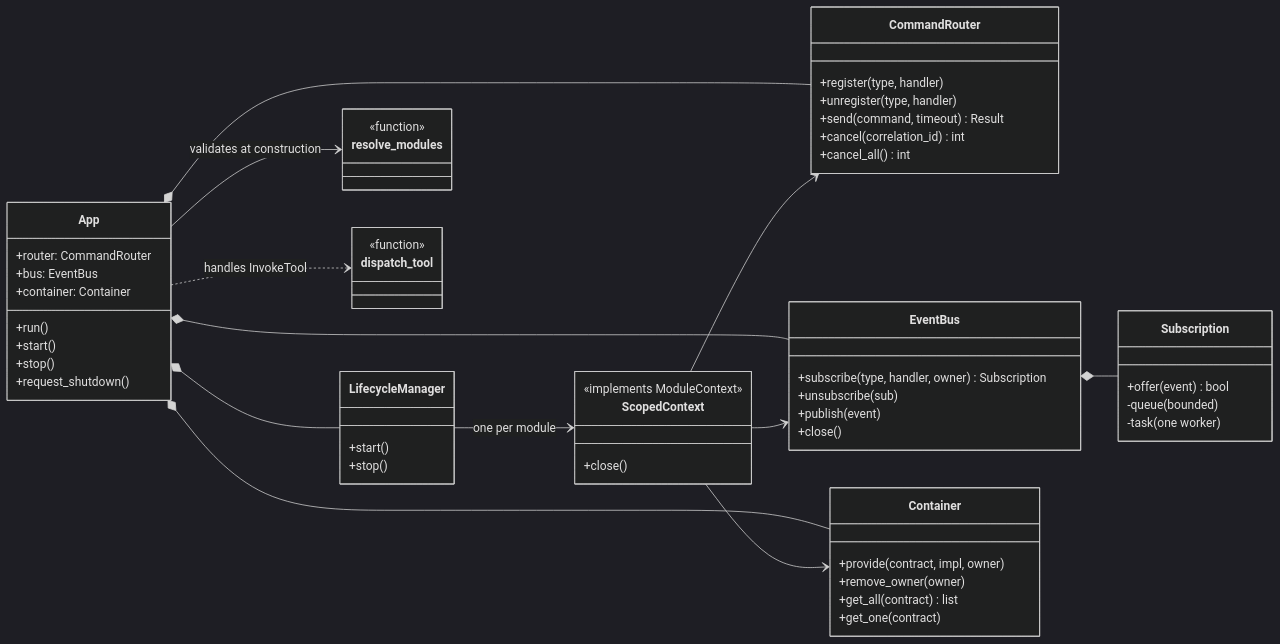
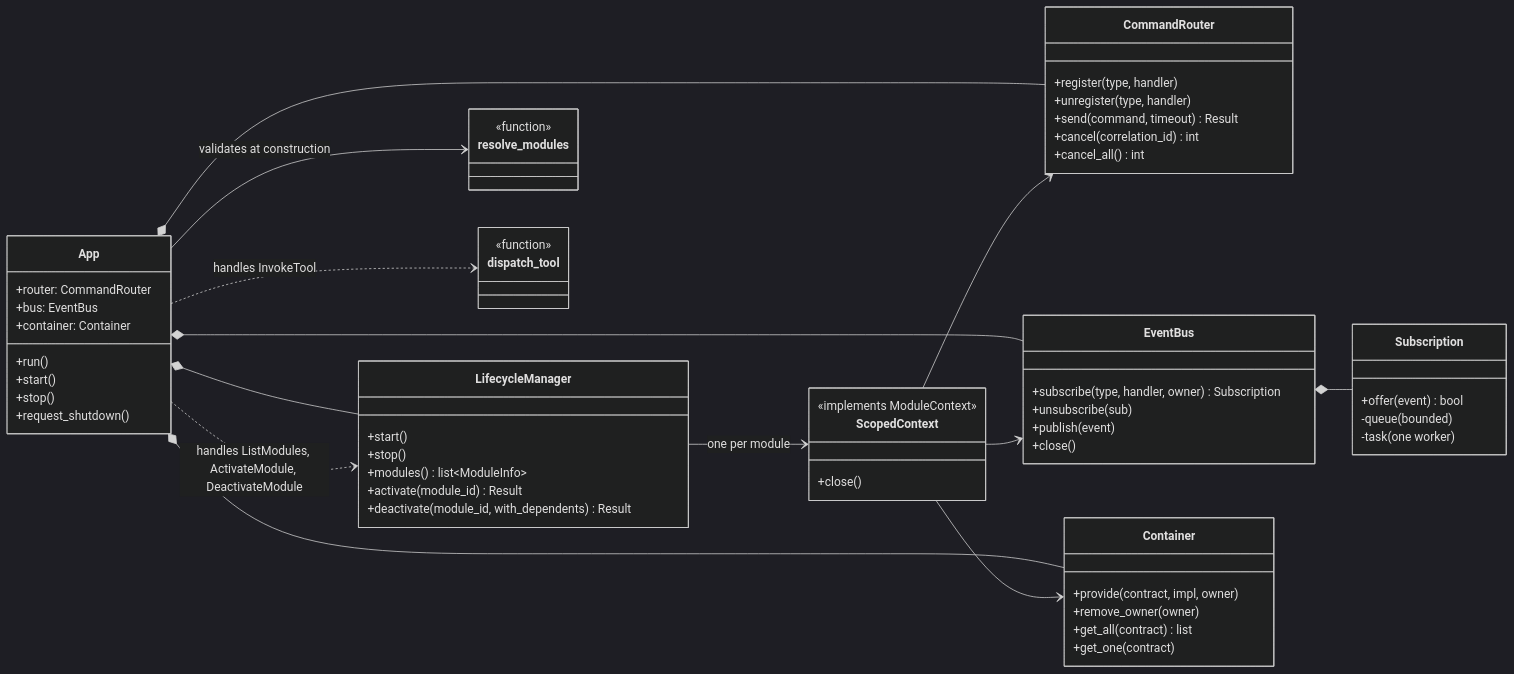
Before and after one commit to sharramon/AI_Assistant: the second of 4 diagrams in docs/architecture/core.md, drawn with Mermaid (dark theme). The commit also changed other lines of this file and 38 other files, not shown here.

````diff
--- a/docs/architecture/core.md
+++ b/docs/architecture/core.md
@@ -54,63 +54,67 @@
 ```mermaid
 classDiagram
     direction LR
     class App {
         +router: CommandRouter
         +bus: EventBus
         +container: Container
         +run()
         +start()
         +stop()
         +request_shutdown()
     }
     class LifecycleManager {
         +start()
         +stop()
+        +modules() list~ModuleInfo~
+        +activate(module_id) Result
+        +deactivate(module_id, with_dependents) Result
     }
     class CommandRouter {
         +register(type, handler)
         +unregister(type, handler)
         +send(command, timeout) Result
         +cancel(correlation_id) int
         +cancel_all() int
     }
     class EventBus {
         +subscribe(type, handler, owner) Subscription
         +unsubscribe(sub)
         +publish(event)
         +close()
     }
     class Subscription {
         +offer(event) bool
         -queue (bounded)
         -task (one worker)
     }
     class Container {
         +provide(contract, impl, owner)
         +remove_owner(owner)
         +get_all(contract) list
         +get_one(contract)
     }
     class ScopedContext {
         <<implements ModuleContext>>
         +close()
     }
     class resolve_modules {
         <<function>>
     }
     class dispatch_tool {
         <<function>>
     }
 
     App --> resolve_modules : validates at construction
     App *-- LifecycleManager
     App *-- CommandRouter
     App *-- EventBus
     App *-- Container
     App ..> dispatch_tool : handles InvokeTool
+    App ..> LifecycleManager : handles ListModules, ActivateModule, DeactivateModule
     LifecycleManager --> ScopedContext : one per module
     ScopedContext --> CommandRouter
     ScopedContext --> EventBus
     ScopedContext --> Container
     EventBus *-- Subscription
 ```
````
